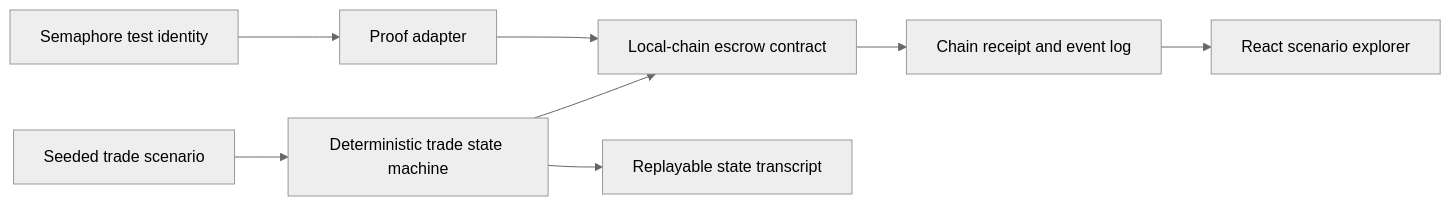
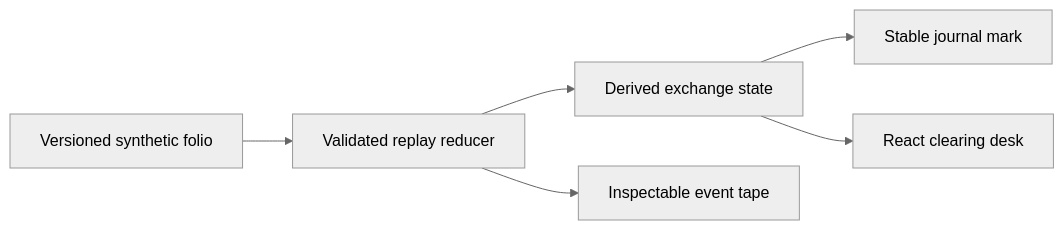
The diagram in labs/barter.mdx (fortunexbt/docs), drawn with Mermaid (neutral theme) before and after one commit. The commit also changed other lines of this file and 3 other files, not shown here.

````diff
--- a/labs/barter.mdx
+++ b/labs/barter.mdx
@@ -76,10 +34,8 @@
 ```mermaid
 flowchart LR
-  Scenario[Seeded trade scenario] --> State[Deterministic trade state machine]
-  Identity[Semaphore test identity] --> Proof[Proof adapter]
-  State --> Escrow[Local-chain escrow contract]
-  Proof --> Escrow
-  Escrow --> Receipt[Chain receipt and event log]
-  Receipt --> UI[React scenario explorer]
-  State --> Replay[Replayable state transcript]
+  Folio[Versioned synthetic folio] --> Reducer[Validated replay reducer]
+  Reducer --> State[Derived exchange state]
+  Reducer --> Tape[Inspectable event tape]
+  State --> Mark[Stable journal mark]
+  State --> Desk[React clearing desk]
 ```
````
